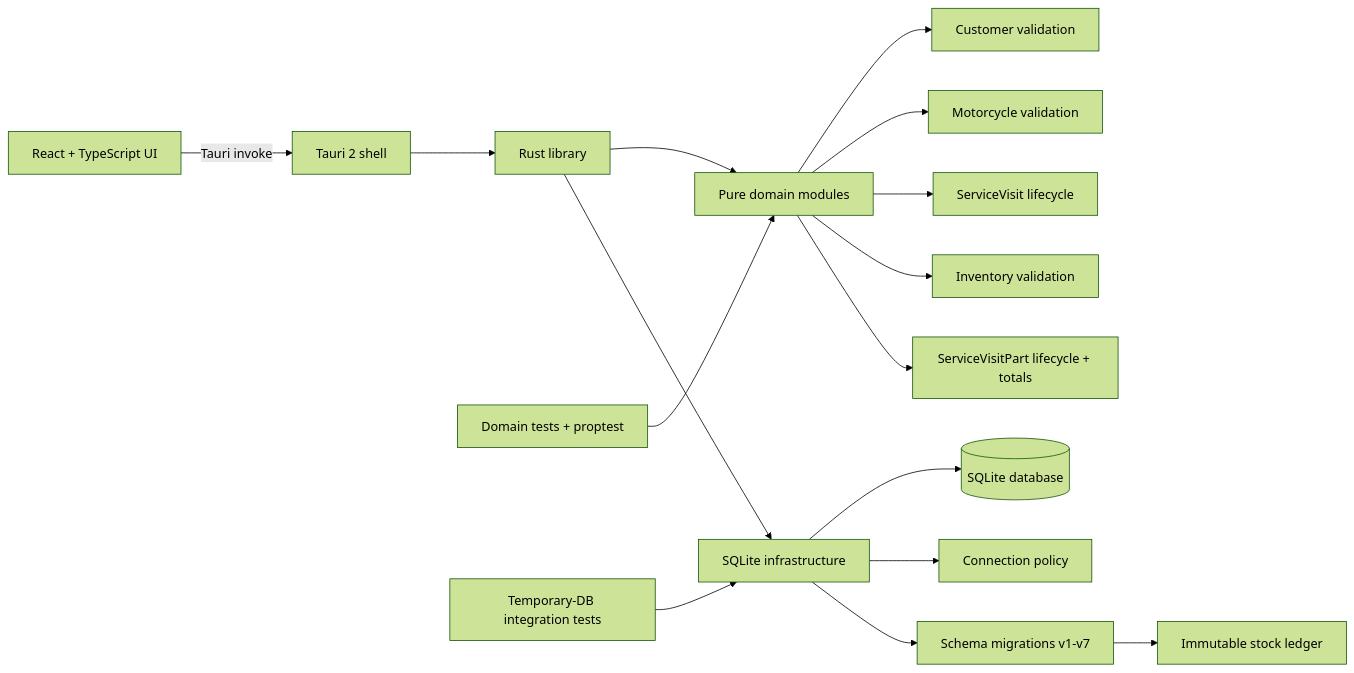
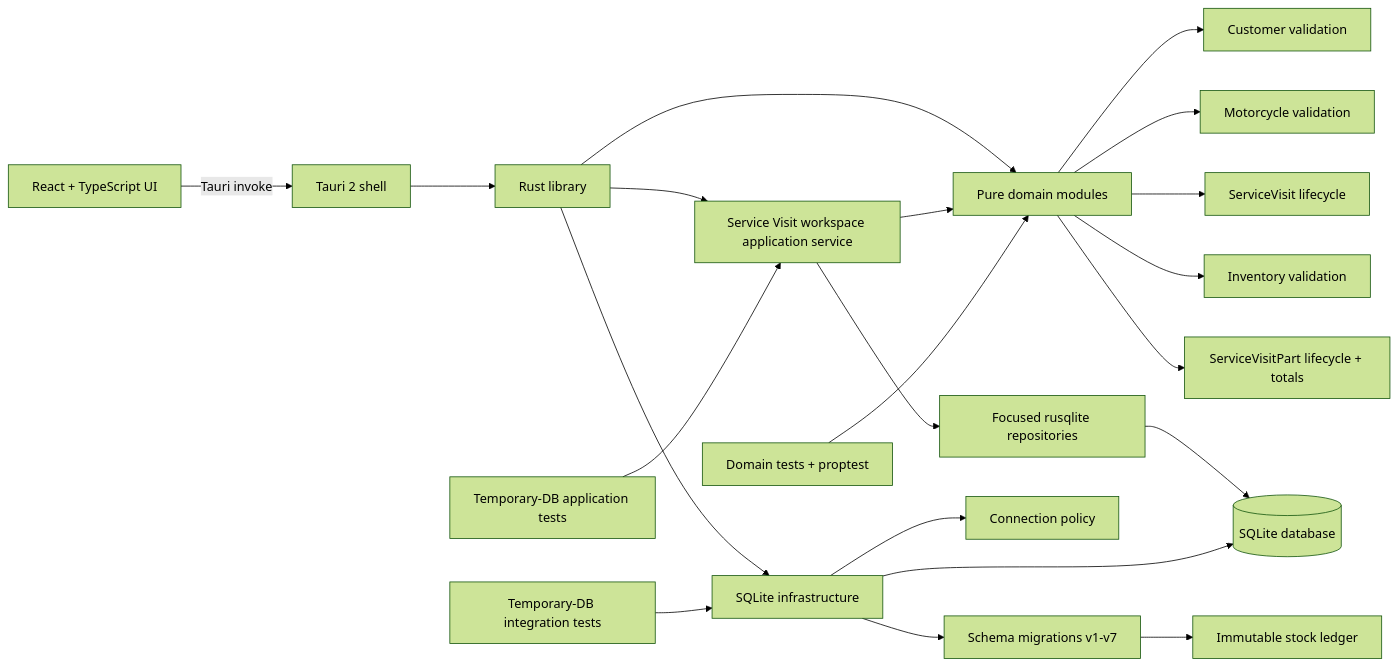
One commit to abdfarasin/moto-workshop changed the diagram in SOFTWARE_ARCHITECTURE.md. Above: the diagram before and after it, drawn with Mermaid (forest theme). The commit also changed other lines of this file and 9 other files, not shown here.

Commit message:
feat: establish service visit application layer

````diff
--- a/SOFTWARE_ARCHITECTURE.md
+++ b/SOFTWARE_ARCHITECTURE.md
@@ -7,20 +7,25 @@
 ```mermaid
 flowchart LR
     UI[React + TypeScript UI] -->|Tauri invoke| SHELL[Tauri 2 shell]
     SHELL --> LIB[Rust library]
+    LIB --> APP[Service Visit workspace application service]
     LIB --> DOMAIN[Pure domain modules]
     LIB --> DB[SQLite infrastructure]
+    APP --> DOMAIN
+    APP --> REPOS[Focused rusqlite repositories]
+    REPOS --> SQLITE
     DB --> SQLITE[(SQLite database)]
 
     DOMAIN --> CUSTOMER[Customer validation]
     DOMAIN --> MOTORCYCLE[Motorcycle validation]
     DOMAIN --> VISIT[ServiceVisit lifecycle]
     DOMAIN --> INVENTORY[Inventory validation]
     DOMAIN --> PARTS[ServiceVisitPart lifecycle + totals]
     DB --> CONNECTION[Connection policy]
     DB --> MIGRATIONS[Schema migrations v1-v7]
     MIGRATIONS --> LEDGER[Immutable stock ledger]
 
     DTESTS[Domain tests + proptest] --> DOMAIN
     DBTESTS[Temporary-DB integration tests] --> DB
+    APPTESTS[Temporary-DB application tests] --> APP
 ```
````
